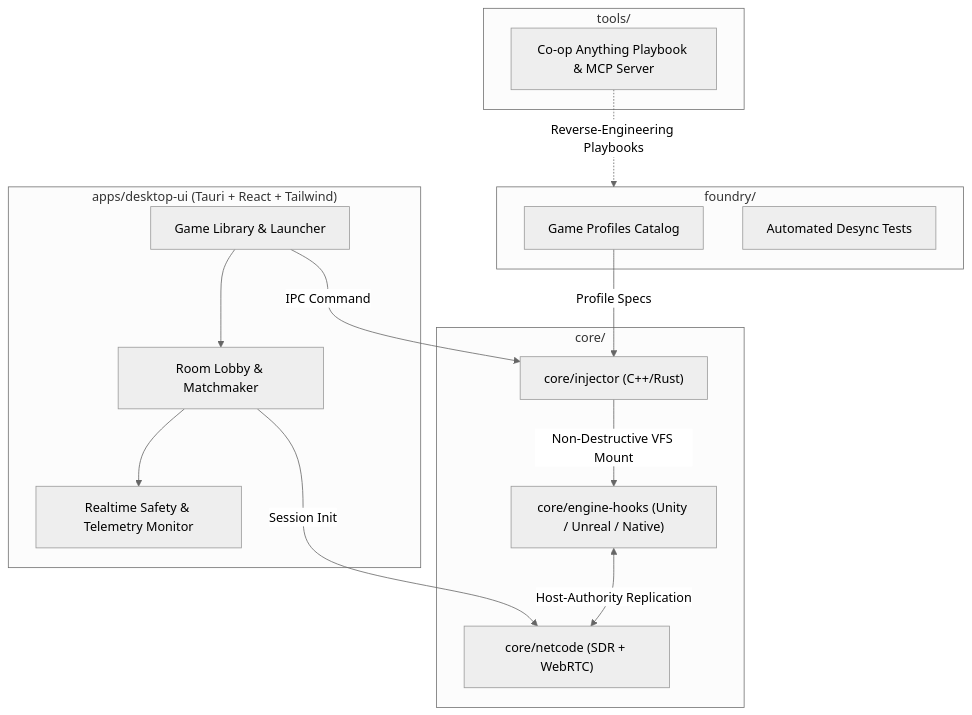
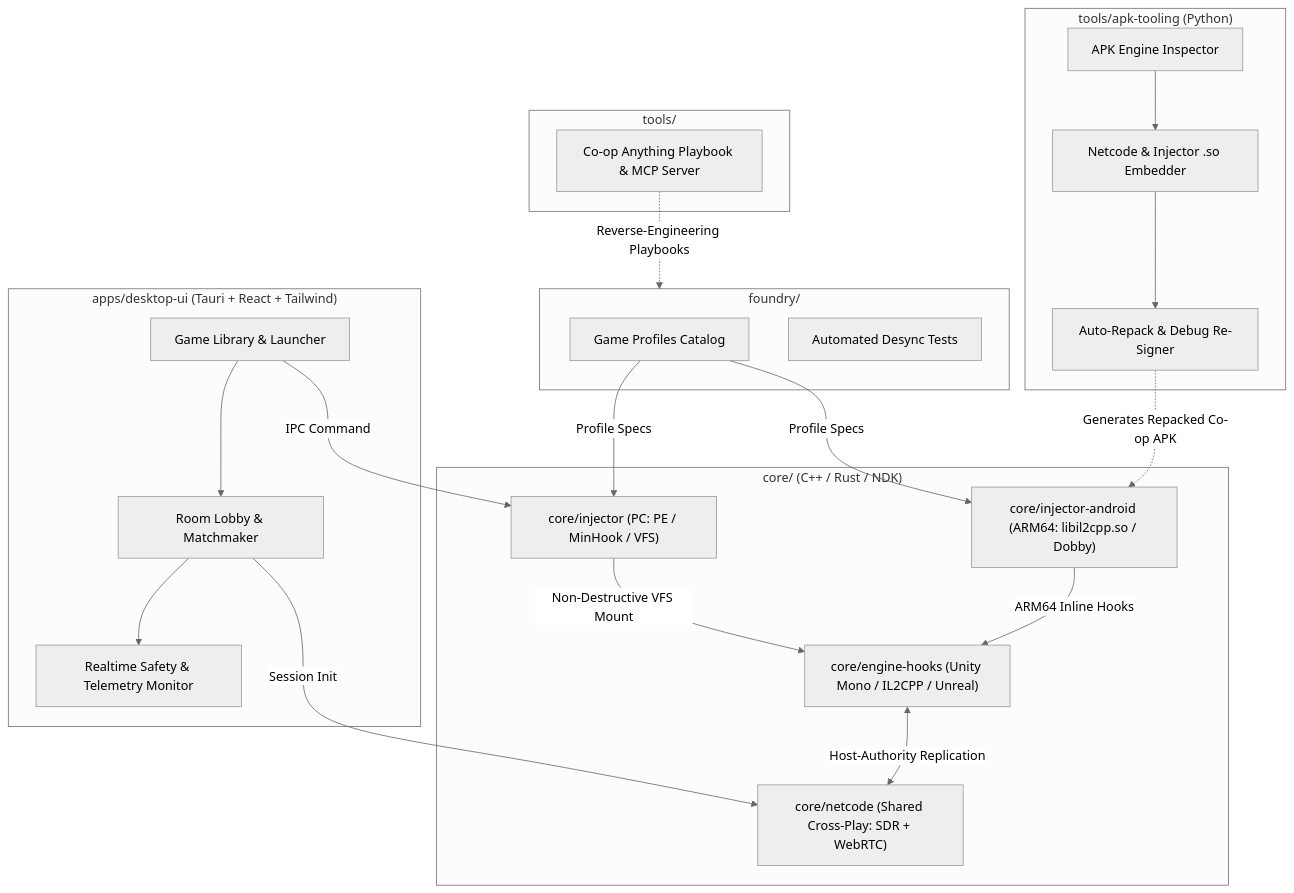
The diagram in README.md (Zehna/duoverse), drawn with Mermaid (neutral theme) before and after one commit. The commit also changed other lines of this file and 18 other files, not shown here.

Commit message:
feat: add Android ARM64 injector, APK repack tooling, and shared cross-play netcode

````diff
--- a/README.md
+++ b/README.md
@@ -21,29 +25,38 @@
 ```mermaid
 flowchart TD
     subgraph UI ["apps/desktop-ui (Tauri + React + Tailwind)"]
         A[Game Library & Launcher] --> B[Room Lobby & Matchmaker]
         B --> C[Realtime Safety & Telemetry Monitor]
     end
 
-    subgraph Core ["core/"]
-        D["core/injector (C++/Rust)"]
-        E["core/netcode (SDR + WebRTC)"]
-        F["core/engine-hooks (Unity / Unreal / Native)"]
+    subgraph Core ["core/ (C++ / Rust / NDK)"]
+        D["core/injector (PC: PE / MinHook / VFS)"]
+        D_AND["core/injector-android (ARM64: libil2cpp.so / Dobby)"]
+        E["core/netcode (Shared Cross-Play: SDR + WebRTC)"]
+        F["core/engine-hooks (Unity Mono / IL2CPP / Unreal)"]
+    end
+
+    subgraph MobileTools ["tools/apk-tooling (Python)"]
+        J[APK Engine Inspector] --> K[Netcode & Injector .so Embedder]
+        K --> L[Auto-Repack & Debug Re-Signer]
     end
 
     subgraph Foundry ["foundry/"]
         G[Game Profiles Catalog]
         H[Automated Desync Tests]
     end
 
     subgraph Tools ["tools/"]
         I[Co-op Anything Playbook & MCP Server]
     end
 
     A -->|IPC Command| D
     B -->|Session Init| E
     G -->|Profile Specs| D
+    G -->|Profile Specs| D_AND
     D -->|Non-Destructive VFS Mount| F
+    D_AND -->|ARM64 Inline Hooks| F
+    L -.->|Generates Repacked Co-op APK| D_AND
     F <-->|Host-Authority Replication| E
     I -.->|Reverse-Engineering Playbooks| Foundry
 ```
````
